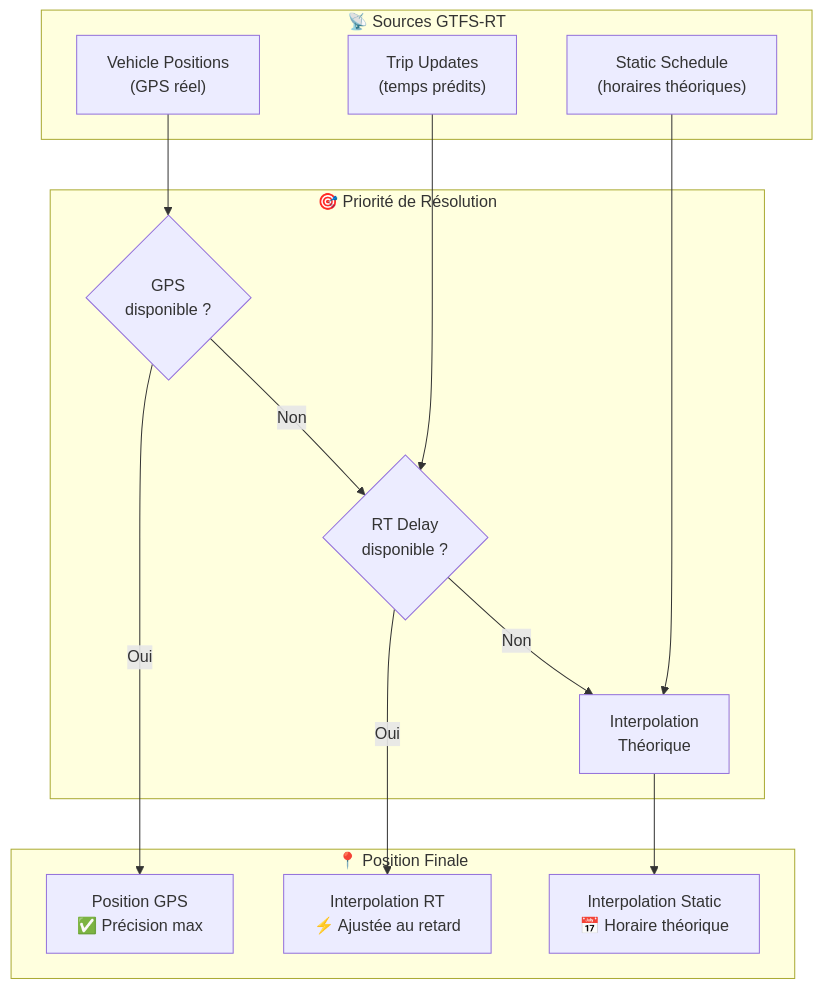
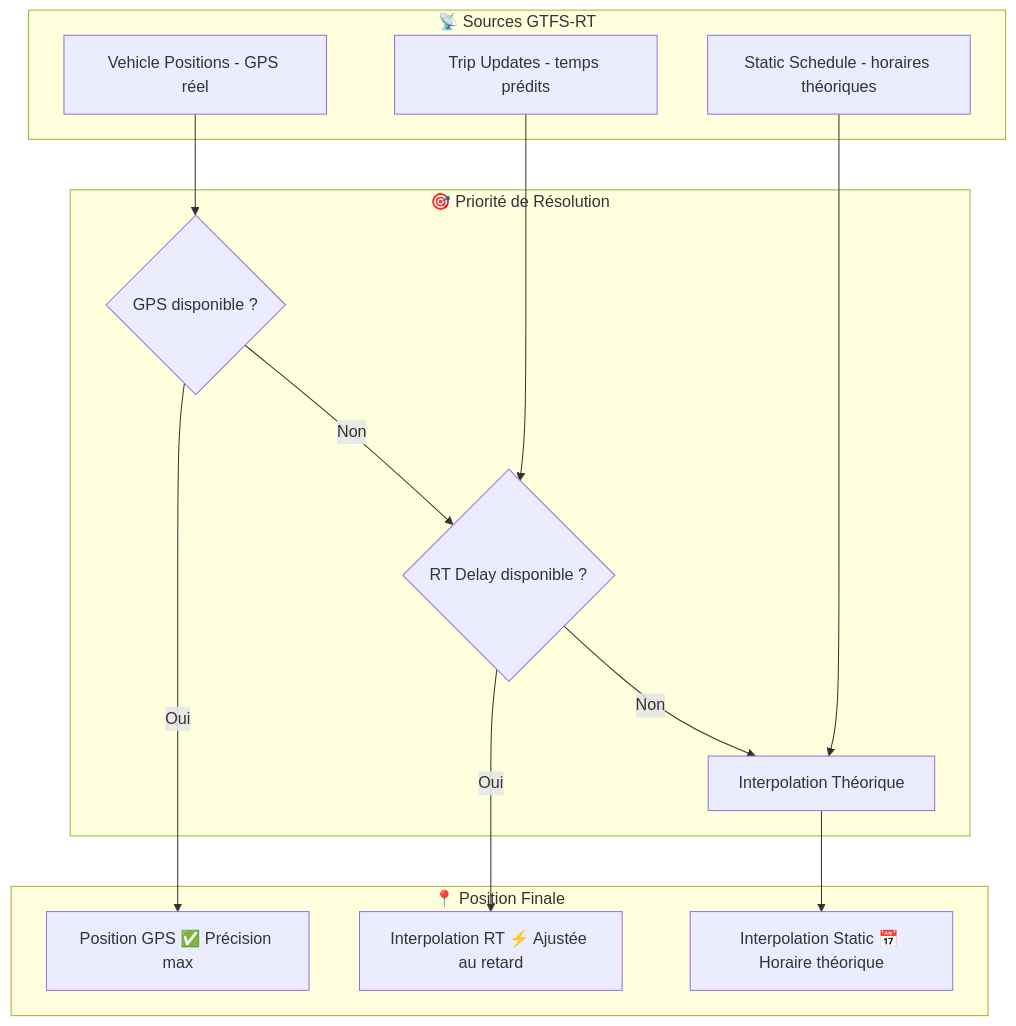
One commit to nickdesi/BusTrainGerzat changed the third of 3 diagrams in README.md. Above: the diagram before and after it, drawn with Mermaid. The commit also changed other lines of this file and 37 other files, not shown here.

````diff
--- a/README.md
+++ b/README.md
@@ -203,28 +203,28 @@
 ```mermaid
 flowchart TD
     subgraph Sources["📡 Sources GTFS-RT"]
-        VP["Vehicle Positions<br/>(GPS réel)"]
-        TU["Trip Updates<br/>(temps prédits)"]
-        STATIC["Static Schedule<br/>(horaires théoriques)"]
+        VP["Vehicle Positions - GPS réel"]
+        TU["Trip Updates - temps prédits"]
+        STATIC["Static Schedule - horaires théoriques"]
     end
 
     subgraph Priority["🎯 Priorité de Résolution"]
-        P1{"GPS<br/>disponible ?"}
-        P2{"RT Delay<br/>disponible ?"}
-        P3["Interpolation<br/>Théorique"]
+        P1{"GPS disponible ?"}
+        P2{"RT Delay disponible ?"}
+        P3["Interpolation Théorique"]
     end
 
     subgraph Position["📍 Position Finale"]
-        GPS_POS["Position GPS<br/>✅ Précision max"]
-        RT_POS["Interpolation RT<br/>⚡ Ajustée au retard"]
-        STATIC_POS["Interpolation Static<br/>📅 Horaire théorique"]
+        GPS_POS["Position GPS ✅ Précision max"]
+        RT_POS["Interpolation RT ⚡ Ajustée au retard"]
+        STATIC_POS["Interpolation Static 📅 Horaire théorique"]
     end
 
     VP --> P1
     P1 -->|Oui| GPS_POS
     P1 -->|Non| P2
     TU --> P2
     P2 -->|Oui| RT_POS
     P2 -->|Non| P3
     STATIC --> P3 --> STATIC_POS
 ```
````
